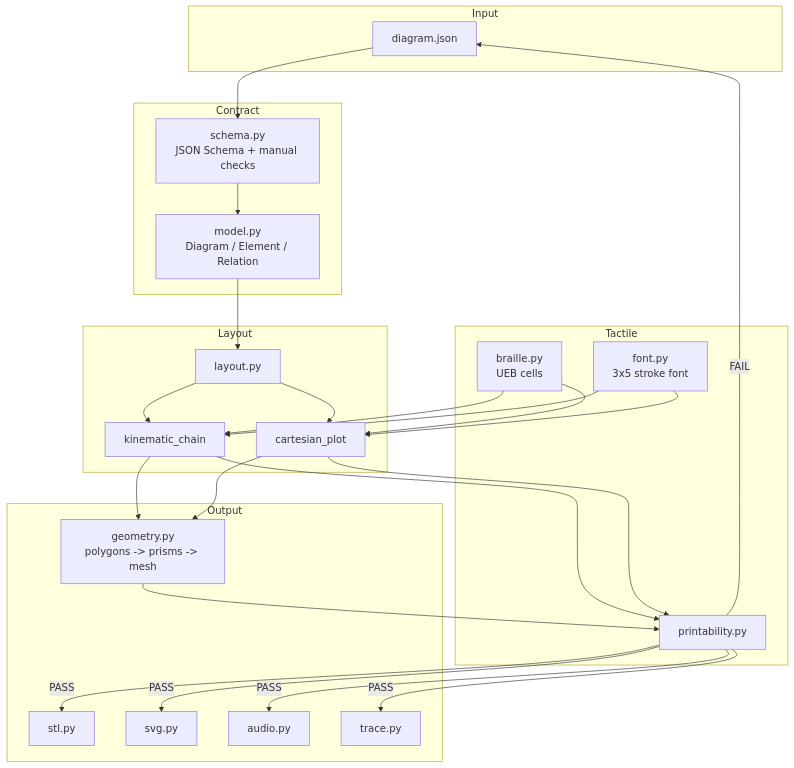
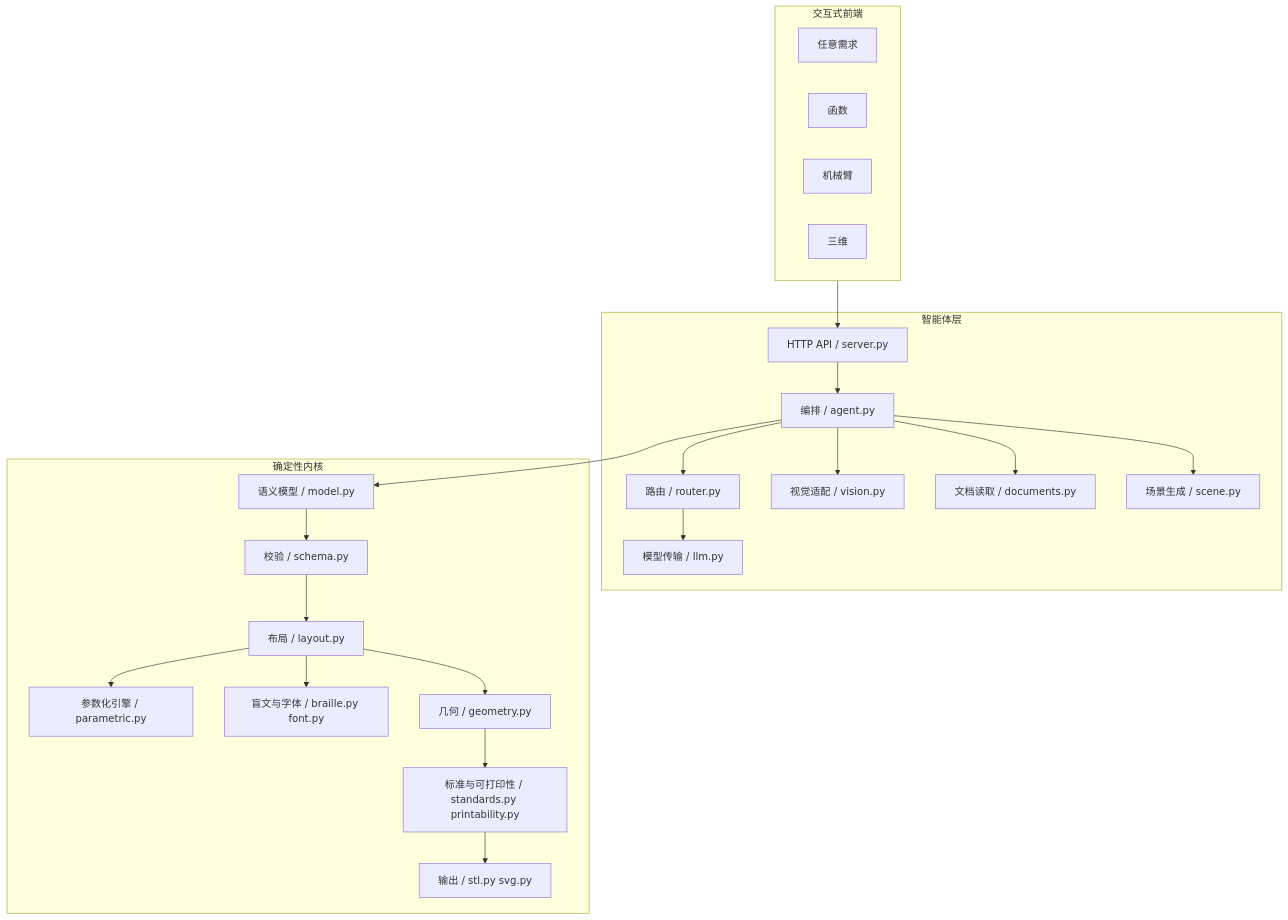
The diagram in docs/architecture.md (CAG1218/touchlearn-fudan-Team_Stella), drawn with Mermaid before and after one commit. The commit also changed other lines of this file and 47 other files, not shown here.

First line of the commit message:
Build TouchLearn v0.2.0 multimodal tactile agent

````diff
--- a/docs/architecture.md
+++ b/docs/architecture.md
@@ -27,44 +43,38 @@
 ```mermaid
 flowchart TB
-    subgraph Input
-        J[diagram.json]
+    subgraph UI[交互式前端]
+        F1[任意需求]
+        F2[函数]
+        F3[机械臂]
+        F4[三维]
     end
-    subgraph Contract
-        S[schema.py<br/>JSON Schema + manual checks]
-        M[model.py<br/>Diagram / Element / Relation]
+    subgraph Agent[智能体层]
+        H[HTTP API / server.py]
+        A[编排 / agent.py]
+        R[路由 / router.py]
+        L[模型传输 / llm.py]
+        V[视觉适配 / vision.py]
+        D[文档读取 / documents.py]
+        G[场景生成 / scene.py]
     end
-    subgraph Layout
-        L[layout.py]
-        R[kinematic_chain]
-        Q[cartesian_plot]
+    subgraph Kernel[确定性内核]
+        M[语义模型 / model.py]
+        S[校验 / schema.py]
+        Y[布局 / layout.py]
+        P[参数化引擎 / parametric.py]
+        B[盲文与字体 / braille.py font.py]
+        X[几何 / geometry.py]
+        Q[标准与可打印性 / standards.py printability.py]
+        O[输出 / stl.py svg.py]
     end
-    subgraph Tactile
-        B[braille.py<br/>UEB cells]
-        F[font.py<br/>3x5 stroke font]
-        P[printability.py]
-    end
-    subgraph Output
-        G[geometry.py<br/>polygons -> prisms -> mesh]
-        T[stl.py]
-        V[svg.py]
-        A[audio.py]
-        C[trace.py]
-    end
-    J --> S --> M --> L
-    L --> R
-    L --> Q
-    R --> P
-    Q --> P
-    B --> R
-    B --> Q
-    F --> R
-    F --> Q
-    R --> G
-    Q --> G
-    G --> P
-    P -->|PASS| T
-    P -->|PASS| V
-    P -->|PASS| A
-    P -->|PASS| C
-    P -->|FAIL| J
+    UI --> H --> A
+    A --> R
+    R --> L
+    A --> V
+    A --> D
+    A --> G
+    A --> M --> S --> Y
+    Y --> P
+    Y --> B
+    Y --> X --> Q --> O
 ```
````
